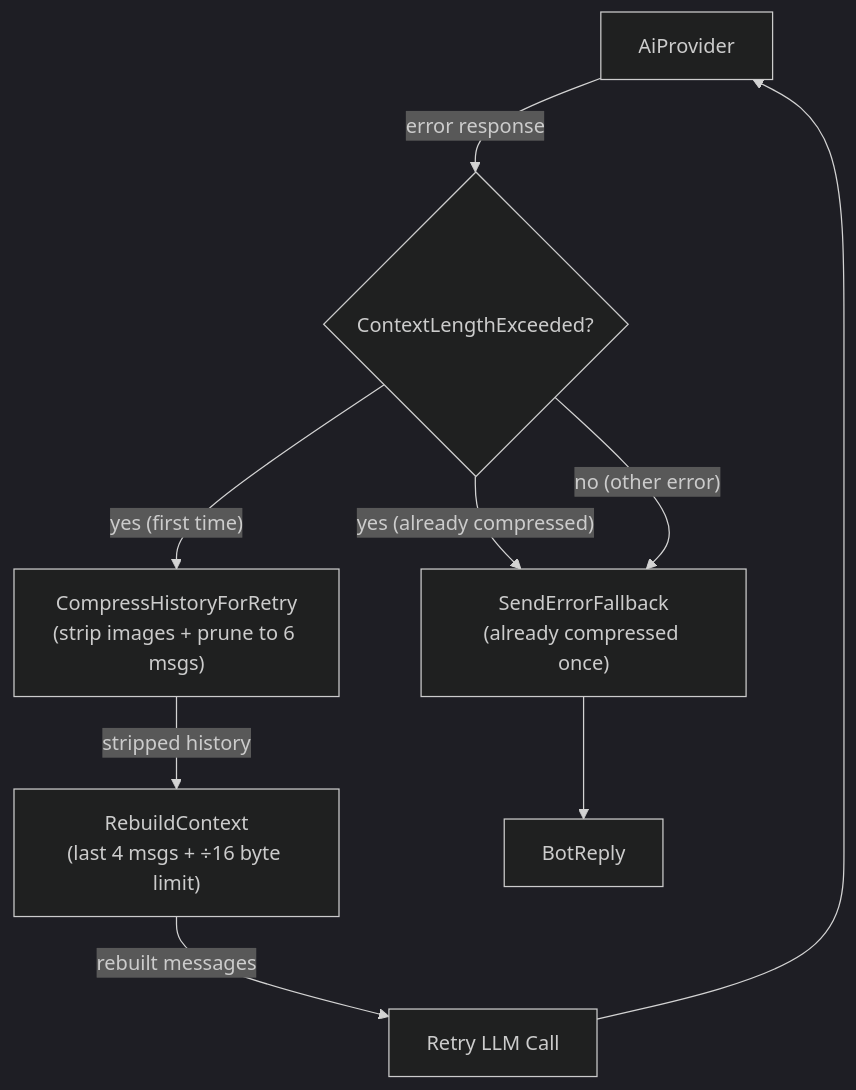
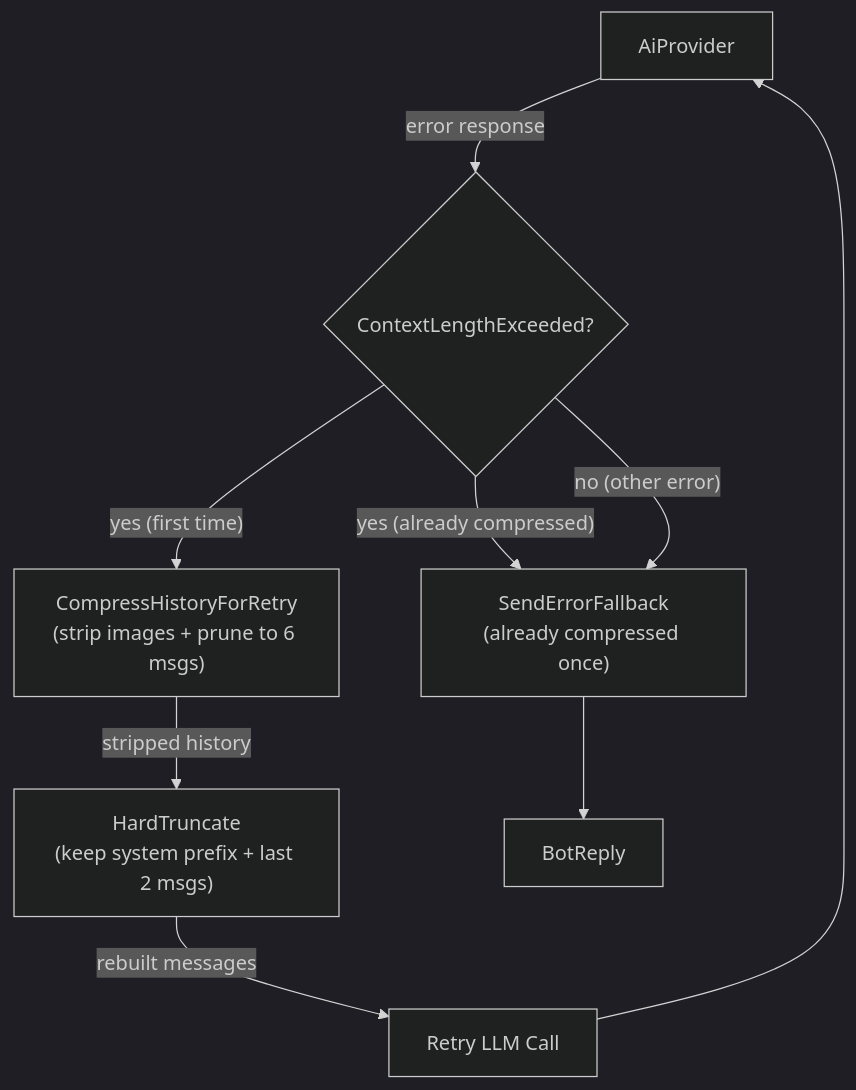
Diagram 11 of 12 in _dfds/agent-harness.md (cosmoswafer/rockbot), drawn with Mermaid (dark theme) before and after one commit. The commit also changed other lines of this file and 1 other file, not shown here.

First line of the commit message:
fix: skip LLM summarization during context retry, use hard truncation

````diff
--- a/_dfds/agent-harness.md
+++ b/_dfds/agent-harness.md
@@ -376,19 +376,19 @@
 ```mermaid
 flowchart TD
     AI[AiProvider]
     CHECK{ContextLengthExceeded?}
     COMPRESS["CompressHistoryForRetry<br/>(strip images + prune to 6 msgs)"]
-    REBUILD["RebuildContext<br/>(last 4 msgs + ÷16 byte limit)"]
+    REBUILD["HardTruncate<br/>(keep system prefix + last 2 msgs)"]
     RETRY["Retry LLM Call"]
     FALLBACK["SendErrorFallback<br/>(already compressed once)"]
     REPLY[BotReply]
 
     AI -->|"error response"| CHECK
     CHECK -->|"yes (first time)"| COMPRESS
     CHECK -->|"yes (already compressed)"| FALLBACK
     CHECK -->|"no (other error)"| FALLBACK
     COMPRESS -->|"stripped history"| REBUILD
     REBUILD -->|"rebuilt messages"| RETRY
     RETRY --> AI
     FALLBACK --> REPLY
 ```
````
